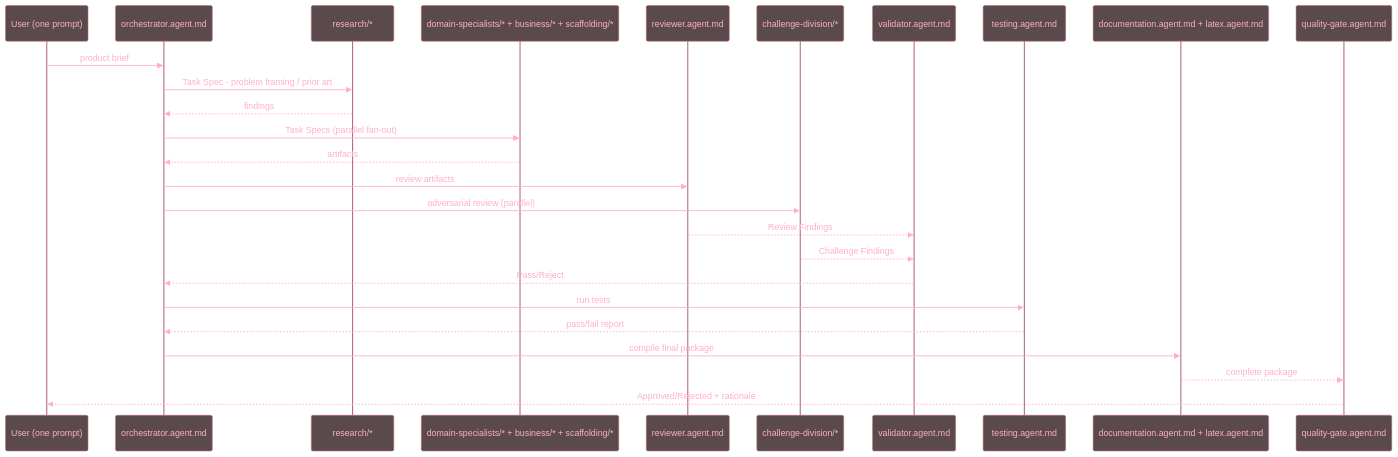
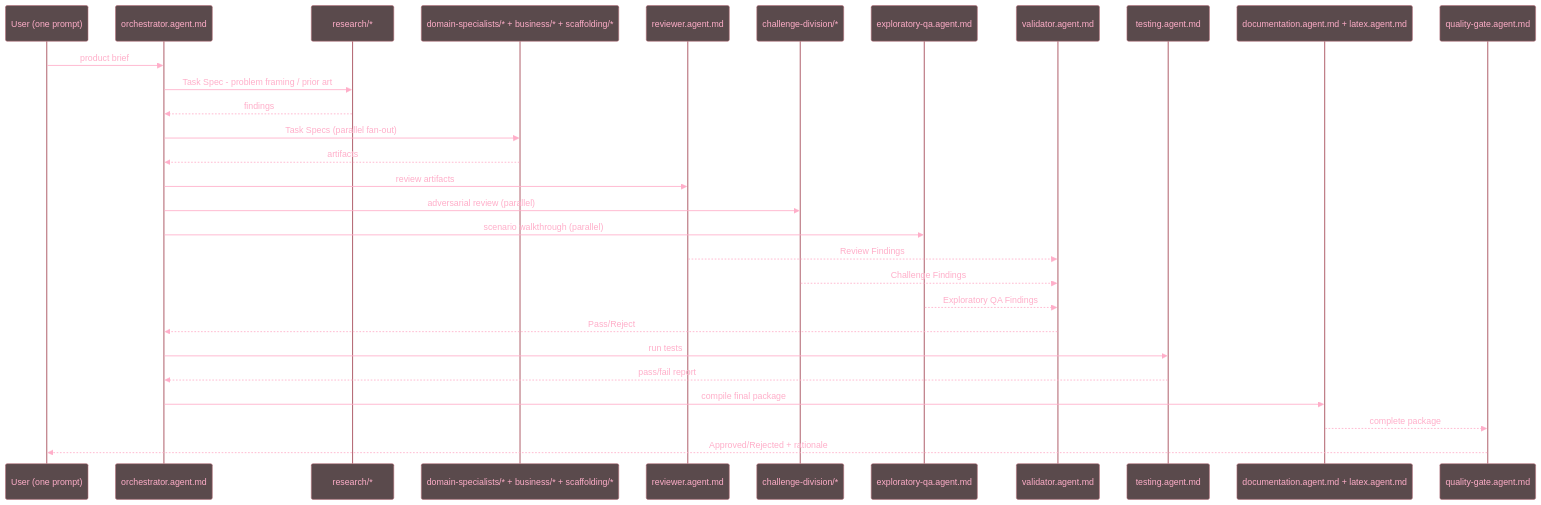
One commit to psi16181918161phi/engineering-studio-ai changed the diagram in .github/agents/README.md. Above: the diagram before and after it, drawn with Mermaid. The commit also changed other lines of this file and 10 other files, not shown here.

````diff
--- a/.github/agents/README.md
+++ b/.github/agents/README.md
@@ -72,48 +73,51 @@
 ```mermaid
 %%{init: {'theme': 'base', 'themeVariables': {
   'background': '#000000',
   'actorBkg': '#5A4A4C',
   'actorBorder': '#B76E79',
   'actorTextColor': '#FFAEC9',
   'actorLineColor': '#B76E79',
   'signalColor': '#FFAEC9',
   'signalTextColor': '#FFAEC9',
   'labelBoxBkgColor': '#5A4A4C',
   'labelBoxBorderColor': '#B76E79',
   'labelTextColor': '#FFC7DA',
   'loopTextColor': '#FFAEC9',
   'noteBkgColor': '#5A4A4C',
   'noteTextColor': '#FFC7DA',
   'noteBorderColor': '#B76E79',
   'activationBorderColor': '#B76E79',
   'activationBkgColor': '#5A4A4C',
   'sequenceNumberColor': '#000000'
 }}}%%
 sequenceDiagram
     participant U as User (one prompt)
     participant O as orchestrator.agent.md
     participant R as research/*
     participant S as domain-specialists/* + business/* + scaffolding/*
     participant Rv as reviewer.agent.md
     participant C as challenge-division/*
+    participant Eq as exploratory-qa.agent.md
     participant V as validator.agent.md
     participant T as testing.agent.md
     participant D as documentation.agent.md + latex.agent.md
     participant Q as quality-gate.agent.md
 
     U->>O: product brief
     O->>R: Task Spec - problem framing / prior art
     R-->>O: findings
     O->>S: Task Specs (parallel fan-out)
     S-->>O: artifacts
     O->>Rv: review artifacts
     O->>C: adversarial review (parallel)
+    O->>Eq: scenario walkthrough (parallel)
     Rv-->>V: Review Findings
     C-->>V: Challenge Findings
+    Eq-->>V: Exploratory QA Findings
     V-->>O: Pass/Reject
     O->>T: run tests
     T-->>O: pass/fail report
     O->>D: compile final package
     D-->>Q: complete package
     Q-->>U: Approved/Rejected + rationale
 ```
````
